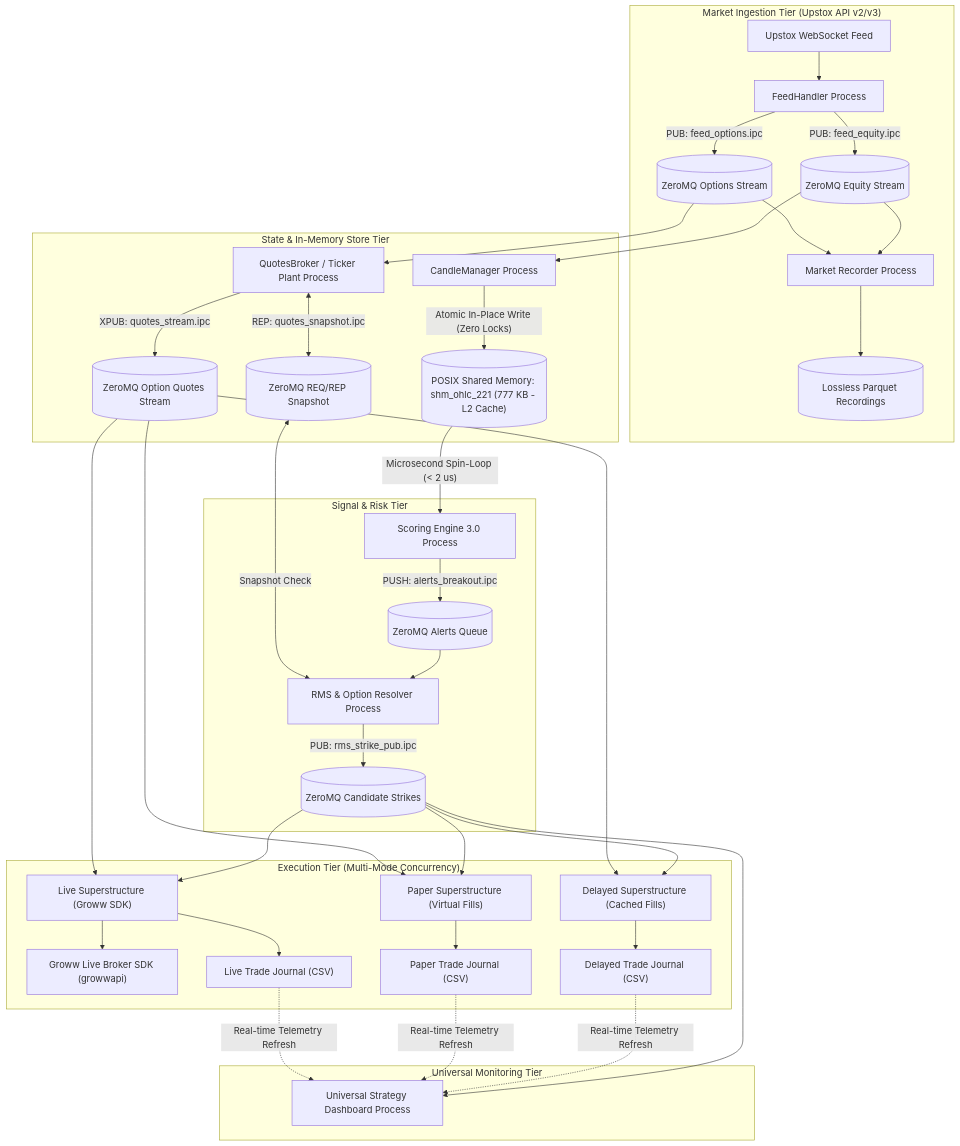
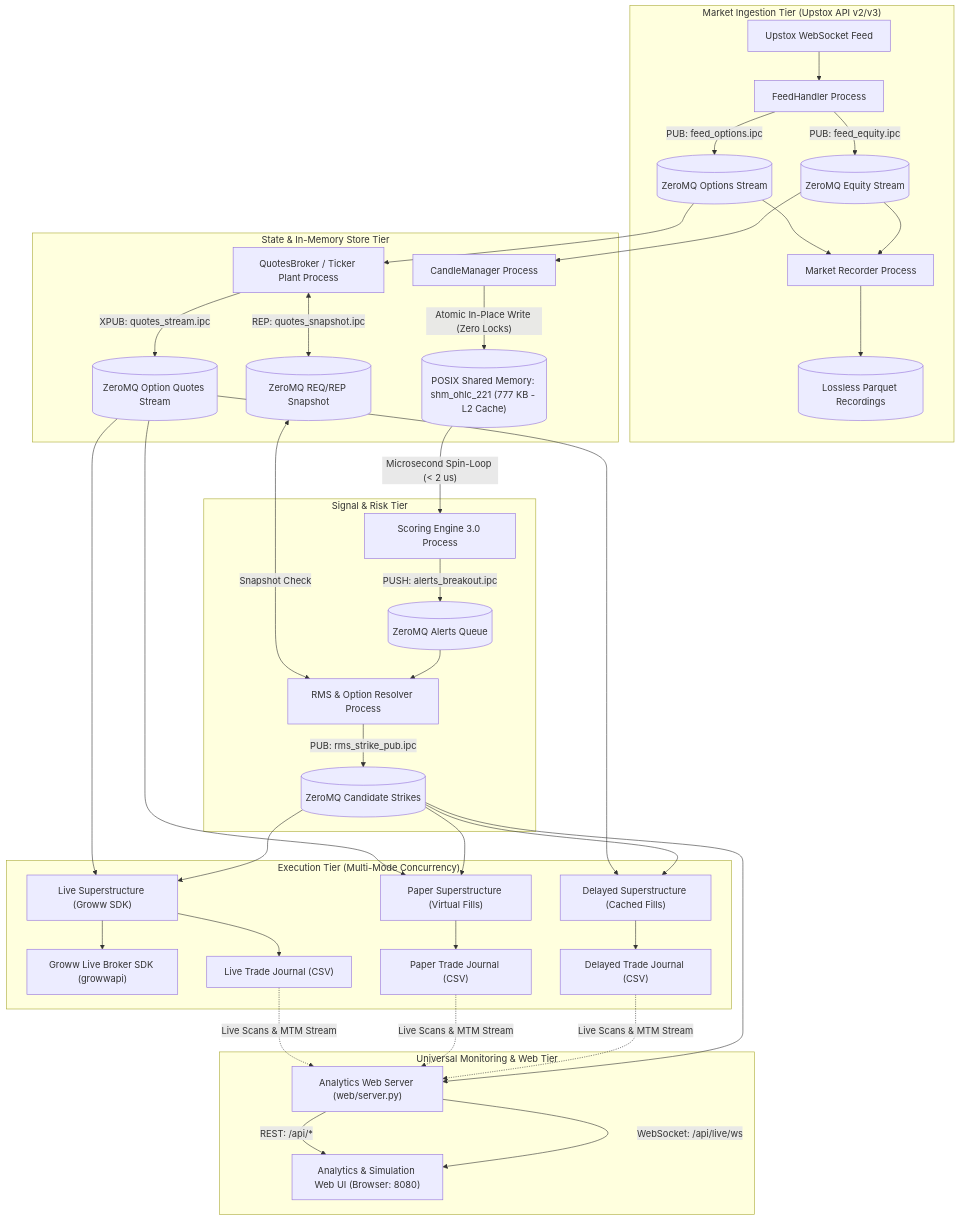
One commit to greywind7/NSE-options-screener-and-automated-trading-system changed the diagram in README.md. Above: the diagram before and after it, drawn with Mermaid. The commit also changed other lines of this file and 19 other files, not shown here.

````diff
--- a/README.md
+++ b/README.md
@@ -21,46 +21,48 @@
 ```mermaid
 flowchart TD
     subgraph Market Ingestion Tier ["Market Ingestion Tier (Upstox API v2/v3)"]
         FeedWS["Upstox WebSocket Feed"] --> FeedHandler["FeedHandler Process"]
         FeedHandler -->|PUB: feed_equity.ipc| ZMQ_EQ[("ZeroMQ Equity Stream")]
         FeedHandler -->|PUB: feed_options.ipc| ZMQ_OPT[("ZeroMQ Options Stream")]
         
         ZMQ_EQ & ZMQ_OPT --> Recorder["Market Recorder Process"]
         Recorder --> RecStore[("Lossless Parquet Recordings")]
     end
 
     subgraph State & In-Memory Store Tier
         ZMQ_EQ --> CandleMgr["CandleManager Process"]
         CandleMgr -->|"Atomic In-Place Write (Zero Locks)"| SHM[("POSIX Shared Memory: shm_ohlc_221 (777 KB - L2 Cache)")]
         
         ZMQ_OPT --> QuotesBroker["QuotesBroker / Ticker Plant Process"]
         QuotesBroker -->|XPUB: quotes_stream.ipc| ZMQ_QUOTES[("ZeroMQ Option Quotes Stream")]
         QuotesBroker <-->|REP: quotes_snapshot.ipc| QuotesSnap[("ZeroMQ REQ/REP Snapshot")]
     end
 
     subgraph Signal & Risk Tier
         SHM -->|"Microsecond Spin-Loop (< 2 us)"| ScoringEng["Scoring Engine 3.0 Process"]
         ScoringEng -->|PUSH: alerts_breakout.ipc| ZMQ_ALERTS[("ZeroMQ Alerts Queue")]
         
         ZMQ_ALERTS --> RMS["RMS & Option Resolver Process"]
         QuotesSnap <-->|Snapshot Check| RMS
         RMS -->|PUB: rms_strike_pub.ipc| ZMQ_RMS[("ZeroMQ Candidate Strikes")]
     end
 
     subgraph Execution & Tracking Tier ["Execution Tier (Multi-Mode Concurrency)"]
         ZMQ_RMS --> SuperLive["Live Superstructure (Groww SDK)"]
         ZMQ_RMS --> SuperPaper["Paper Superstructure (Virtual Fills)"]
         ZMQ_RMS --> SuperDelayed["Delayed Superstructure (Cached Fills)"]
         
         ZMQ_QUOTES --> SuperLive & SuperPaper & SuperDelayed
         SuperLive --> GrowwSDK["Groww Live Broker SDK (growwapi)"]
         SuperDelayed --> DelayedLog["Delayed Trade Journal (CSV)"]
         SuperPaper --> PaperLog["Paper Trade Journal (CSV)"]
         SuperLive --> LiveLog["Live Trade Journal (CSV)"]
     end
 
-    subgraph Universal Monitoring Tier
-        ZMQ_RMS --> Dashboard["Universal Strategy Dashboard Process"]
-        DelayedLog & PaperLog & LiveLog -.->|Real-time Telemetry Refresh| Dashboard
+    subgraph Universal Monitoring Tier ["Universal Monitoring & Web Tier"]
+        ZMQ_RMS --> WebServer["Analytics Web Server (web/server.py)"]
+        DelayedLog & PaperLog & LiveLog -.->|Live Scans & MTM Stream| WebServer
+        WebServer -->|WebSocket: /api/live/ws| WebUI["Analytics & Simulation Web UI (Browser: 8080)"]
+        WebServer -->|REST: /api/*| WebUI
     end
 ```
````
